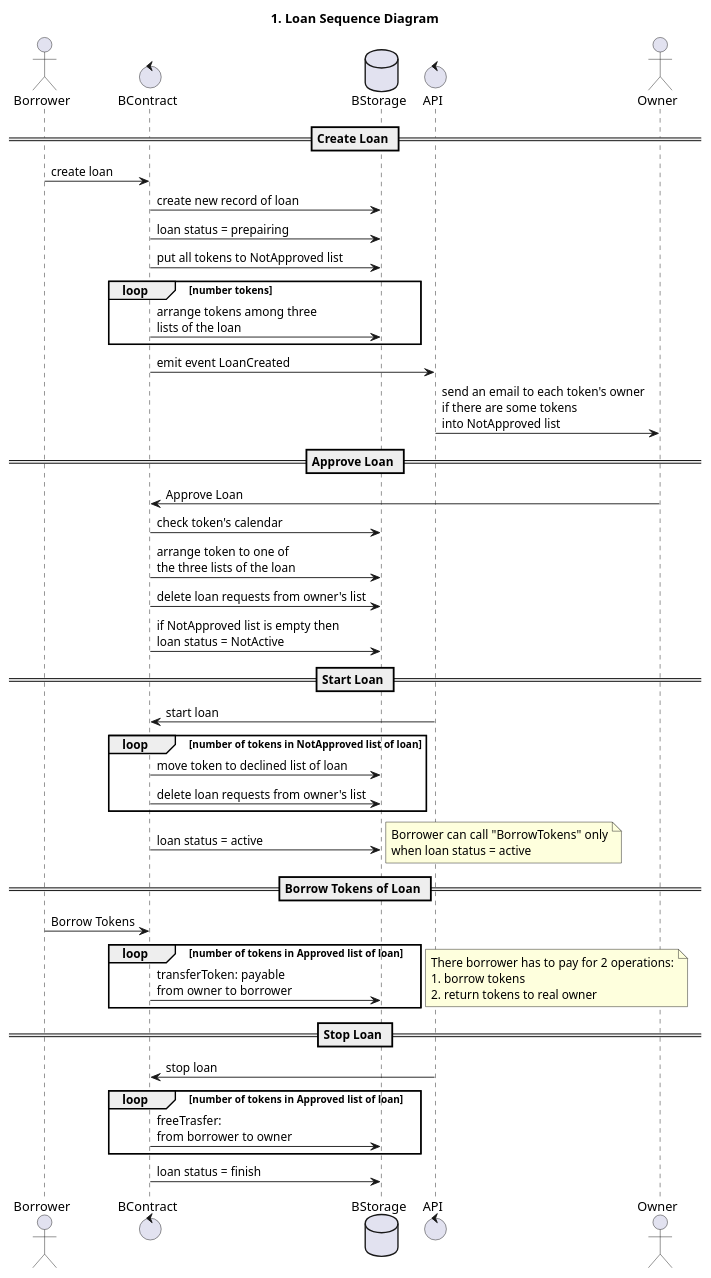
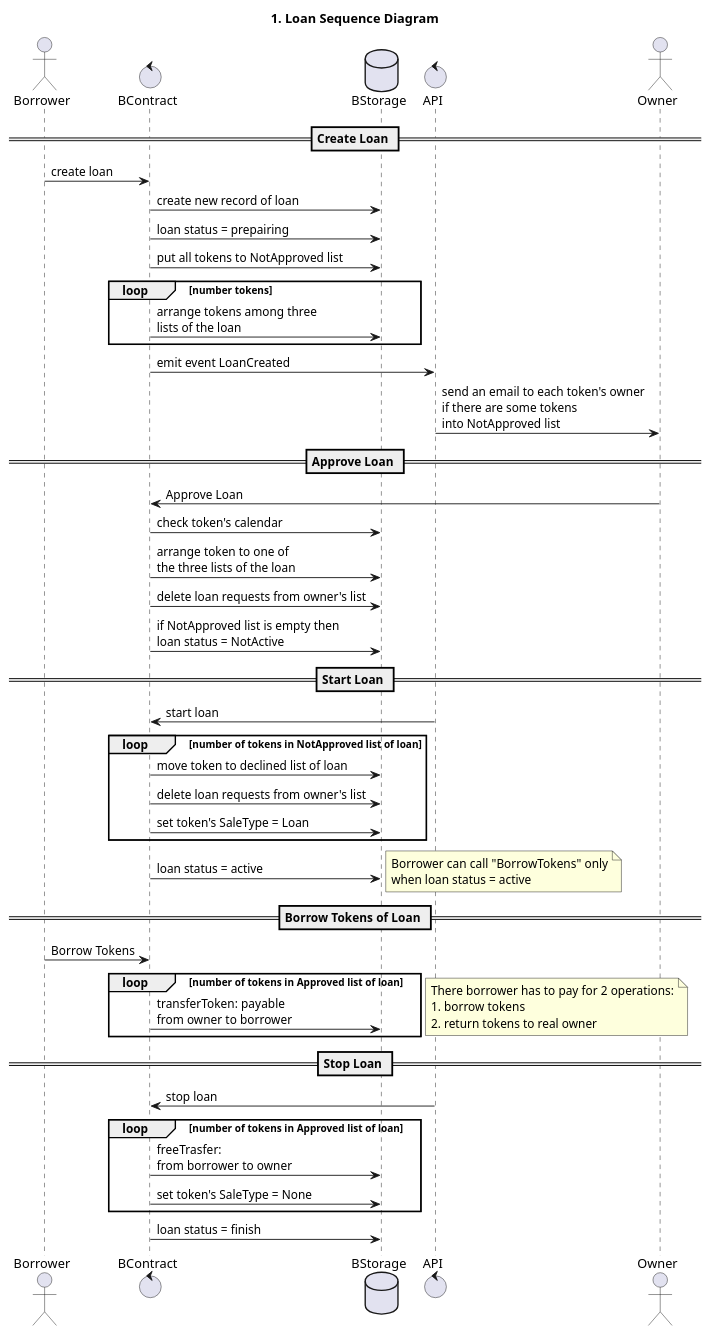
The diagram in diagrams/src/1. Sequence - Loan Creation.wsd (snarkdotart/snarkcontract), drawn with PlantUML before and after one commit. The commit also changed 1 other file, not shown here.

Commit message:
Update UML diagrams

```diff
--- a/diagrams/src/1. Sequence - Loan Creation.wsd
+++ b/diagrams/src/1. Sequence - Loan Creation.wsd
@@ -1,67 +1,69 @@
 @startuml
 
 title 1. Loan Sequence Diagram
 
 actor Borrower
 control BContract
 database BStorage
 control API
 actor Owner
 
 == Create Loan ==
 
 Borrower -> BContract: create loan
 BContract -> BStorage: create new record of loan
 BContract -> BStorage: loan status = prepairing
 BContract -> BStorage: put all tokens to NotApproved list
 
 loop number tokens
   BContract -> BStorage: arrange tokens among three\nlists of the loan
 end
 
 BContract -> API: emit event LoanCreated
 API -> Owner: send an email to each token's owner\nif there are some tokens\ninto NotApproved list
 
 == Approve Loan ==
 
 Owner -> BContract: Approve Loan
 BContract -> BStorage: check token's calendar
 BContract -> BStorage: arrange token to one of\nthe three lists of the loan
 BContract -> BStorage: delete loan requests from owner's list
 BContract -> BStorage: if NotApproved list is empty then\nloan status = NotActive
 
 == Start Loan ==
 
 API -> BContract: start loan
 loop number of tokens in NotApproved list of loan
   BContract -> BStorage: move token to declined list of loan
   BContract -> BStorage: delete loan requests from owner's list
+  BContract -> BStorage: set token's SaleType = Loan
 end
 BContract -> BStorage: loan status = active
 note right
   Borrower can call "BorrowTokens" only
   when loan status = active
 end note 
 
 
 == Borrow Tokens of Loan ==
 
 Borrower -> BContract: Borrow Tokens
 loop number of tokens in Approved list of loan
   BContract -> BStorage: transferToken: payable\nfrom owner to borrower 
 end
 note right
   There borrower has to pay for 2 operations:
   1. borrow tokens
   2. return tokens to real owner
 end note
 
 == Stop Loan ==
 
 API -> BContract: stop loan
 loop number of tokens in Approved list of loan
   BContract -> BStorage: freeTrasfer: \nfrom borrower to owner
+  BContract -> BStorage: set token's SaleType = None
 end
 BContract -> BStorage: loan status = finish
 
 @enduml
```
